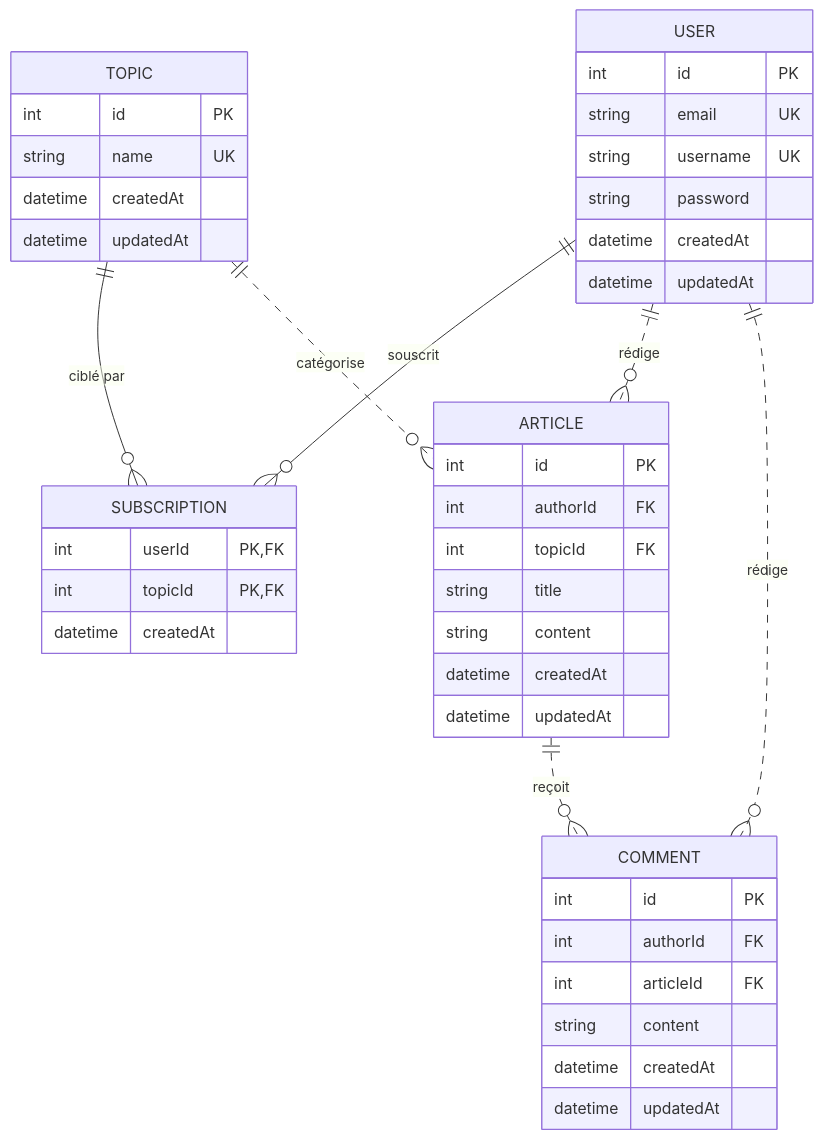
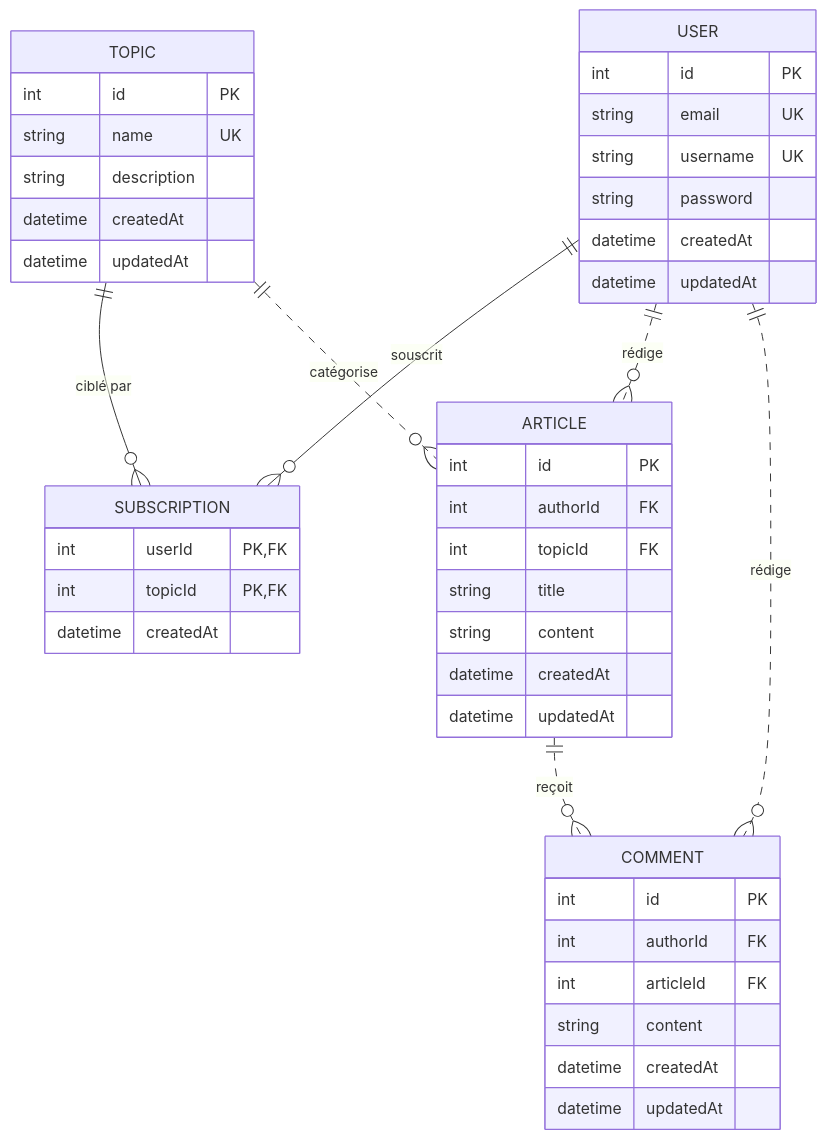
Before and after one commit to EnhydraV/ocr-jsld-p5: the second of 2 diagrams in DOCUMENTATION.md, drawn with Mermaid. The commit also changed 9 other files, not shown here.

Commit message:
Topics and subscriptions repositories and services. Add missing description to topics schema. Seed for topics

````diff
--- a/DOCUMENTATION.md
+++ b/DOCUMENTATION.md
@@ -182,49 +182,50 @@
 ```mermaid
 erDiagram
     TOPIC ||--o{ SUBSCRIPTION : "ciblé par"
     USER ||--o{ SUBSCRIPTION : "souscrit"
     USER ||..o{ ARTICLE : "rédige"
     TOPIC ||..o{ ARTICLE : "catégorise"
     ARTICLE ||..o{ COMMENT : "reçoit"
     USER ||..o{ COMMENT : "rédige"
 
     TOPIC {
         int id PK
         string name UK
+        string description
         datetime createdAt
         datetime updatedAt
     }
 
     USER {
         int id PK
         string email UK
         string username UK
         string password
         datetime createdAt
         datetime updatedAt
     }
     
     SUBSCRIPTION {
         int userId PK,FK
         int topicId PK,FK
         datetime createdAt
     }
 
     ARTICLE {
         int id PK
         int authorId FK
         int topicId FK
         string title
         string content
         datetime createdAt
         datetime updatedAt
     }
     COMMENT {
         int id PK
         int authorId FK
         int articleId FK
         string content
         datetime createdAt
         datetime updatedAt
     }
 ```
````
